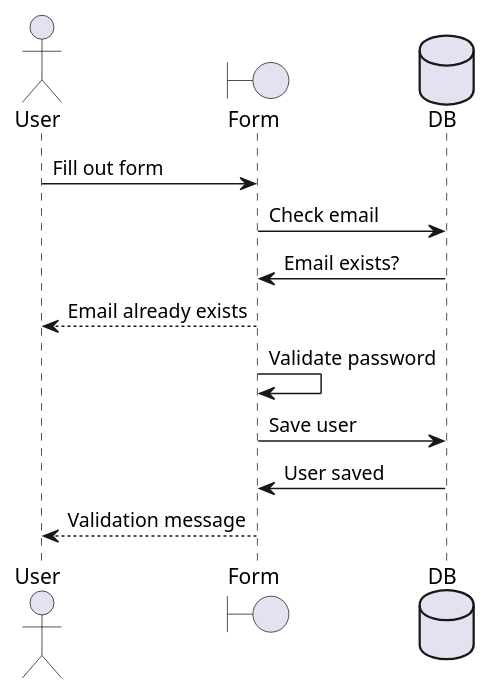
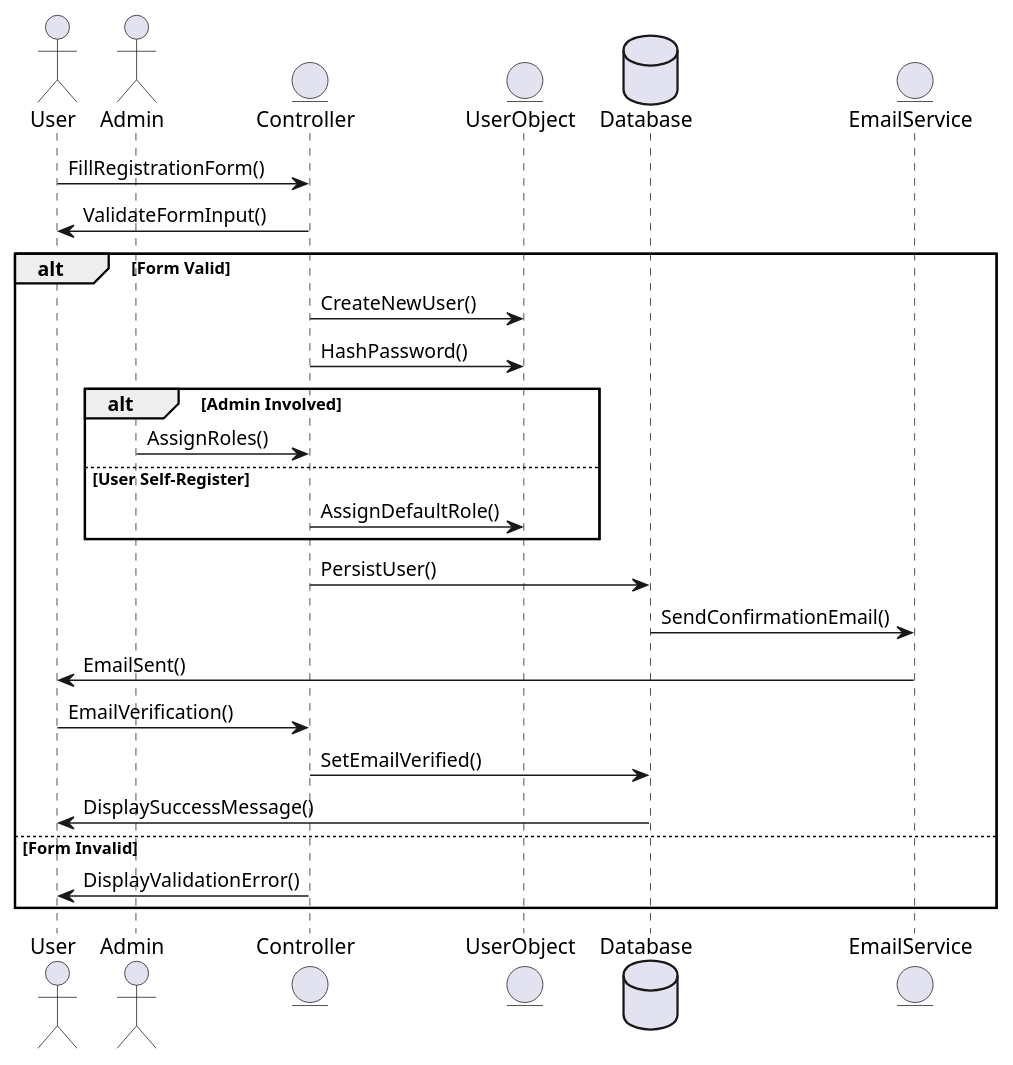
Before and after one commit to AlexMyddleware/p8-todo-from-scratch: the diagram in UML-PlantUml/Sequence diagram/register.puml, drawn with PlantUML. The commit also changed 1 other file, not shown here.

Commit message:
feat: register sequence

```diff
--- a/UML-PlantUml/Sequence diagram/register.puml
+++ b/UML-PlantUml/Sequence diagram/register.puml
@@ -1,16 +1,29 @@
-@startuml register
+@startuml Register
+actor User
+actor Admin
+entity Controller
+entity UserObject
+database Database
+entity EmailService
 
-actor User
-boundary Form
-database DB
-
-User -> Form : Fill out form
-Form -> DB : Check email
-DB -> Form : Email exists?
-Form --> User : Email already exists
-Form -> Form : Validate password
-Form -> DB : Save user
-DB -> Form : User saved
-Form --> User : Validation message
+User -> Controller : FillRegistrationForm()
+Controller -> User : ValidateFormInput()
+alt Form Valid
+    Controller -> UserObject : CreateNewUser()
+    Controller -> UserObject : HashPassword()
+    alt Admin Involved
+        Admin -> Controller : AssignRoles()
+    else User Self-Register
+        Controller -> UserObject : AssignDefaultRole()
+    end
+    Controller -> Database : PersistUser()
+    Database -> EmailService : SendConfirmationEmail()
+    EmailService -> User : EmailSent()
+    User -> Controller : EmailVerification()
+    Controller -> Database : SetEmailVerified()
+    Database -> User : DisplaySuccessMessage()
+else Form Invalid
+    User <- Controller : DisplayValidationError()
+end
 
 @enduml
```
